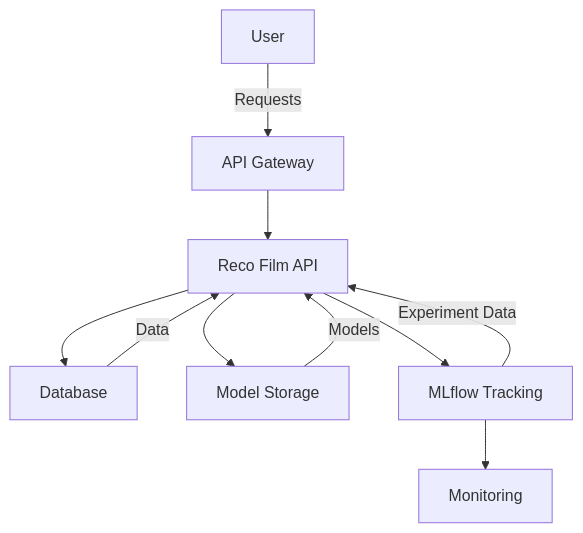
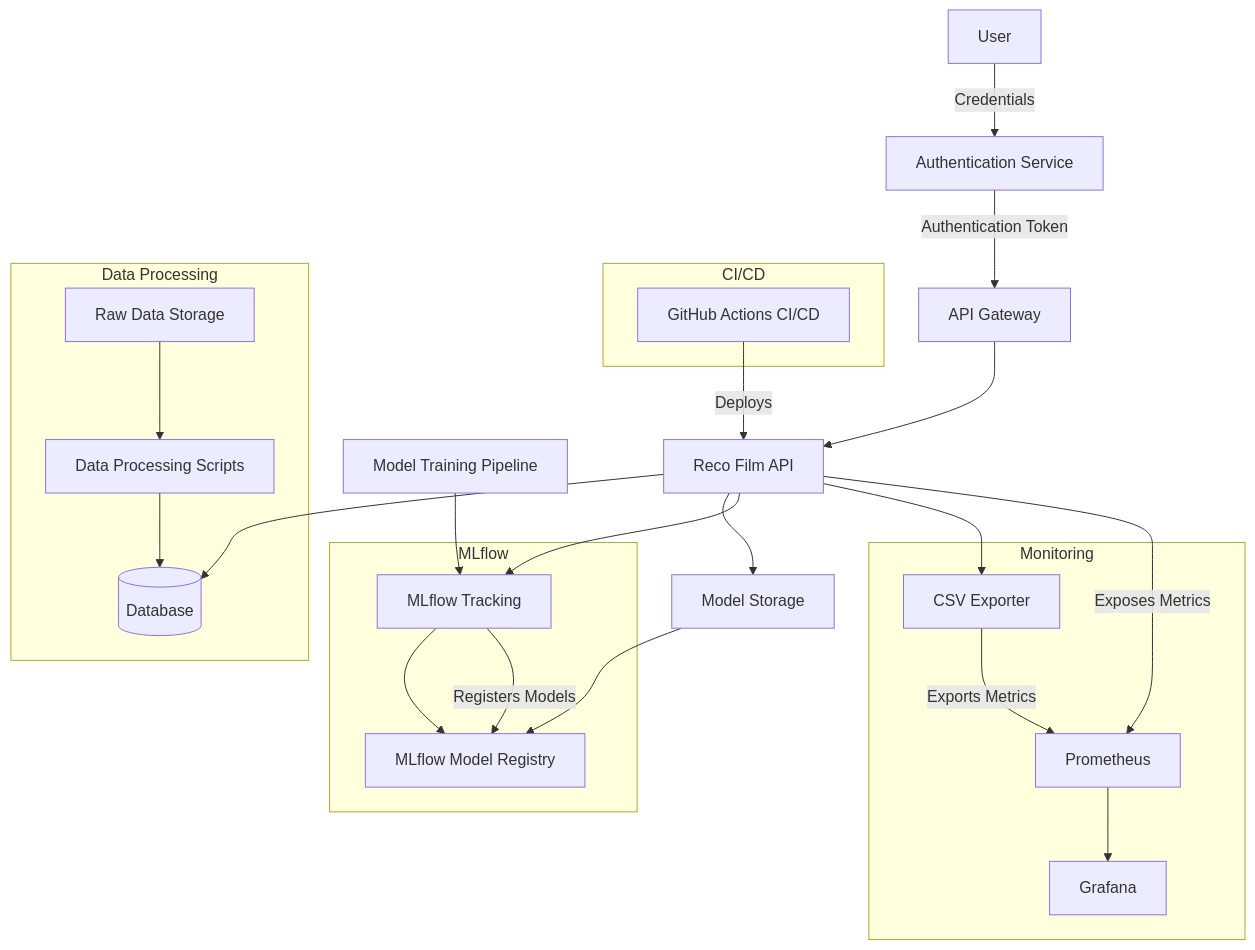
One commit to DataScientest-Studio/juin24_cmlops_reco_film changed the diagram in README.md. Above: the diagram before and after it, drawn with Mermaid.

Commit message:
feat: Update mermaid graph in README.md to include new components and interactions

````diff
--- a/README.md
+++ b/README.md
@@ -126,12 +126,55 @@
 ```mermaid
 graph TD;
-    A[User] -->|Requests| B[API Gateway];
+    %% User Authentication Flow
+    A[User] -->|Credentials| X[Authentication Service];
+    X -->|Authentication Token| B[API Gateway];
+    
+    %% API Requests
     B --> C[Reco Film API];
-    C --> D[Database];
+
+    %% API Interactions
+    C --> D[(Database)];
     C --> E[Model Storage];
-    C --> F[MLflow Tracking];
-    F --> G[Monitoring];
-    D -->|Data| C;
-    E -->|Models| C;
-    F -->|Experiment Data| C;
+    C --> G[MLflow Tracking];
+    C --> N[CSV Exporter];
+    C -->|Exposes Metrics| J[Prometheus];
+
+    %% MLflow Components
+    G --> H[MLflow Model Registry];
+    E --> H;
+    S[Model Training Pipeline] --> G;
+    G -->|Registers Models| H;
+
+    %% Monitoring Components
+    N -->|Exports Metrics| J;
+    J --> K[Grafana];
+
+    %% CI/CD Pipeline
+    L[GitHub Actions CI/CD] -->|Deploys| C;
+
+    %% Data Processing
+    I[Raw Data Storage] --> F[Data Processing Scripts];
+    F --> D;
+
+    %% Groupings
+    subgraph Monitoring
+        J
+        K
+        N
+    end
+
+    subgraph MLflow
+        G
+        H
+    end
+
+    subgraph CI/CD
+        L
+    end
+
+    subgraph Data Processing
+        I
+        F
+        D
+    end
 ```
````
